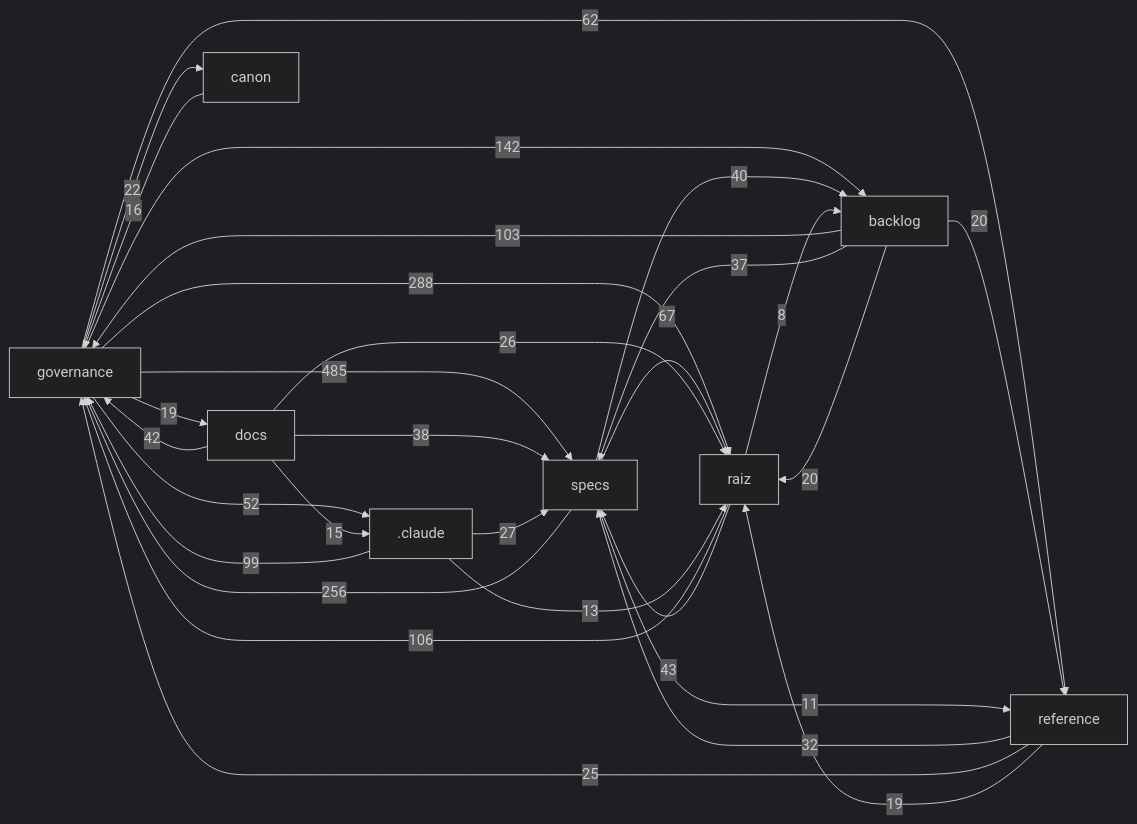
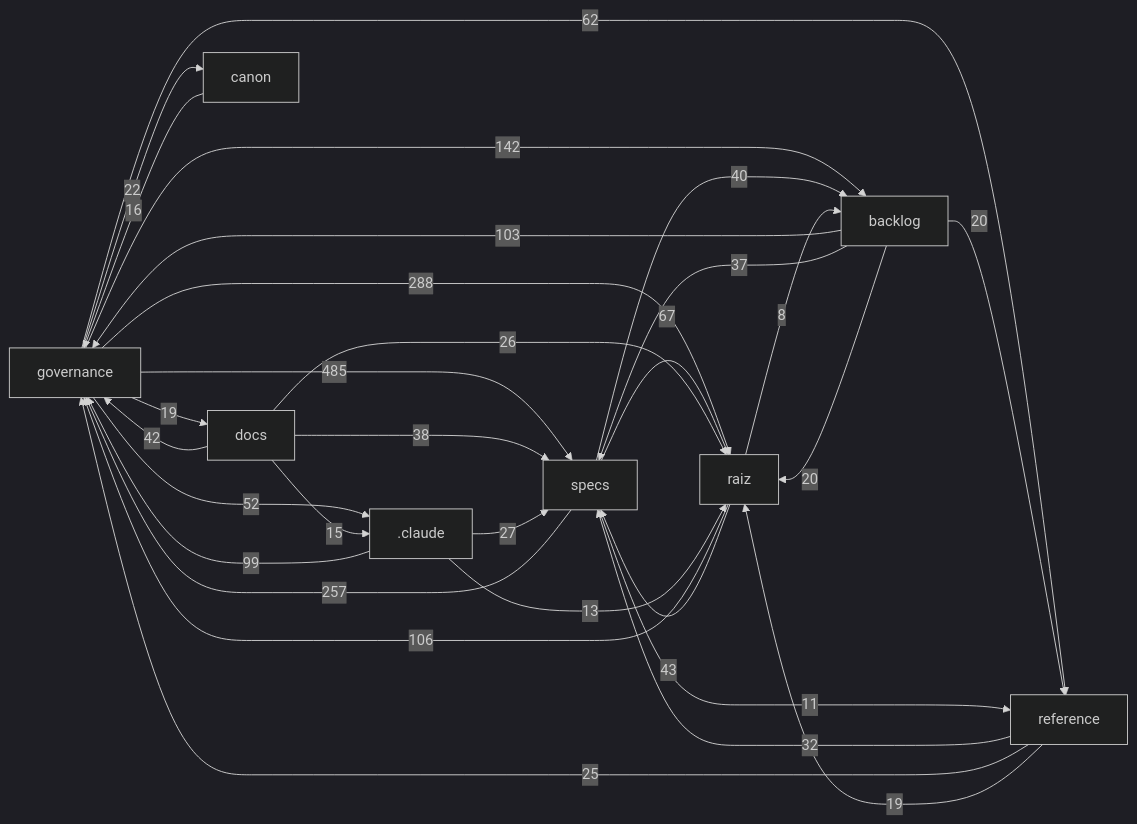
The diagram in docs/mapa/MAPA-PROJETO.md (Andraus35/Sistema-Operacional-de-Trading--SOT), drawn with Mermaid (dark theme) before and after one commit. The commit also changed other lines of this file and 7 other files, not shown here.

````diff
--- a/docs/mapa/MAPA-PROJETO.md
+++ b/docs/mapa/MAPA-PROJETO.md
@@ -29,32 +29,32 @@
 ```mermaid
 flowchart LR
   governance["governance"] -->|485| specs["specs"]
   governance["governance"] -->|288| raiz["raiz"]
-  specs["specs"] -->|256| governance["governance"]
+  specs["specs"] -->|257| governance["governance"]
   governance["governance"] -->|142| backlog["backlog"]
   raiz["raiz"] -->|106| governance["governance"]
   backlog["backlog"] -->|103| governance["governance"]
   _claude[".claude"] -->|99| governance["governance"]
   specs["specs"] -->|67| raiz["raiz"]
   governance["governance"] -->|62| reference["reference"]
   governance["governance"] -->|52| _claude[".claude"]
   raiz["raiz"] -->|43| specs["specs"]
   docs["docs"] -->|42| governance["governance"]
   specs["specs"] -->|40| backlog["backlog"]
   docs["docs"] -->|38| specs["specs"]
   backlog["backlog"] -->|37| specs["specs"]
   reference["reference"] -->|32| specs["specs"]
   _claude[".claude"] -->|27| specs["specs"]
   docs["docs"] -->|26| raiz["raiz"]
   reference["reference"] -->|25| governance["governance"]
   governance["governance"] -->|22| canon["canon"]
   backlog["backlog"] -->|20| raiz["raiz"]
   backlog["backlog"] -->|20| reference["reference"]
   governance["governance"] -->|19| docs["docs"]
   reference["reference"] -->|19| raiz["raiz"]
   canon["canon"] -->|16| governance["governance"]
   docs["docs"] -->|15| _claude[".claude"]
   _claude[".claude"] -->|13| raiz["raiz"]
   specs["specs"] -->|11| reference["reference"]
   raiz["raiz"] -->|8| backlog["backlog"]
 ```
````
